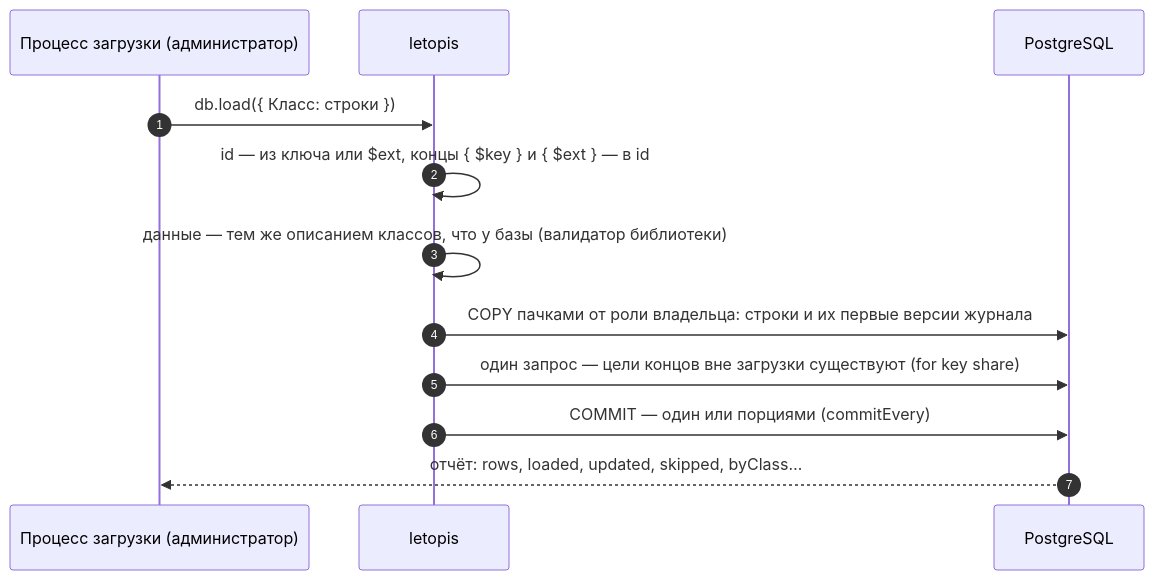
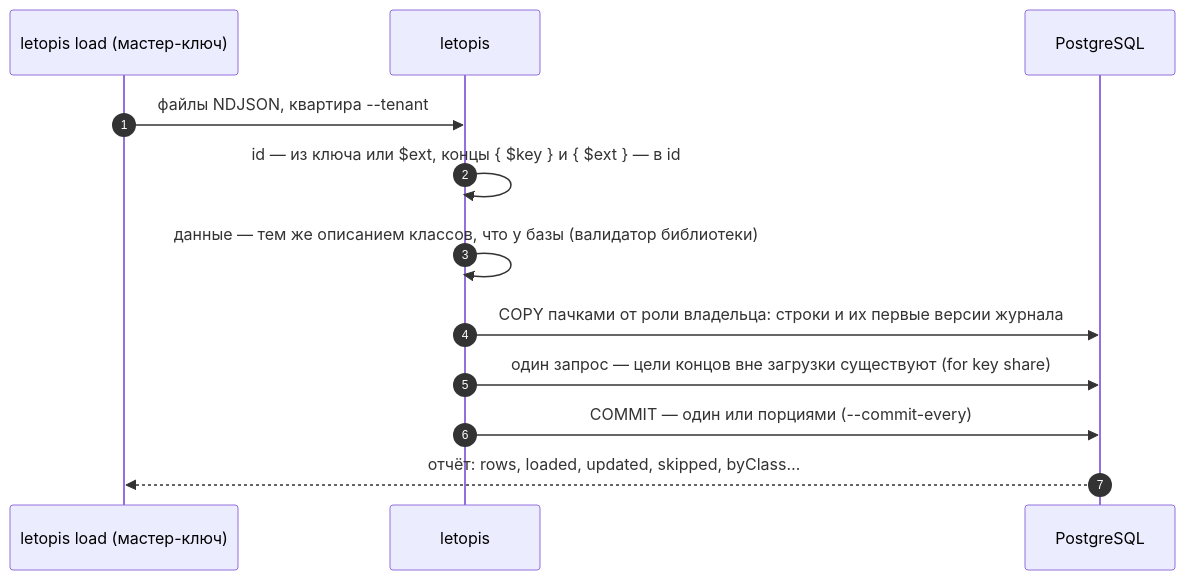
The diagram in guide/pages/load/index.md (alepri51/letopis), drawn with Mermaid before and after one commit. The commit also changed other lines of this file and 86 other files, not shown here.

````diff
--- a/guide/pages/load/index.md
+++ b/guide/pages/load/index.md
@@ -42,14 +55,14 @@
 ```mermaid
 sequenceDiagram
   autonumber
-  participant App as Процесс загрузки (администратор)
+  participant App as letopis load (мастер-ключ)
   participant Lib as letopis
   participant DB as PostgreSQL
-  App->>Lib: db.load({ Класс: строки })
+  App->>Lib: файлы NDJSON, квартира --tenant
   Lib->>Lib: id — из ключа или $ext, концы { $key } и { $ext } — в id
   Lib->>Lib: данные — тем же описанием классов, что у базы (валидатор библиотеки)
   Lib->>DB: COPY пачками от роли владельца: строки и их первые версии журнала
   Lib->>DB: один запрос — цели концов вне загрузки существуют (for key share)
-  Lib->>DB: COMMIT — один или порциями (commitEvery)
+  Lib->>DB: COMMIT — один или порциями (--commit-every)
   DB-->>App: отчёт: rows, loaded, updated, skipped, byClass…
 ```
````
